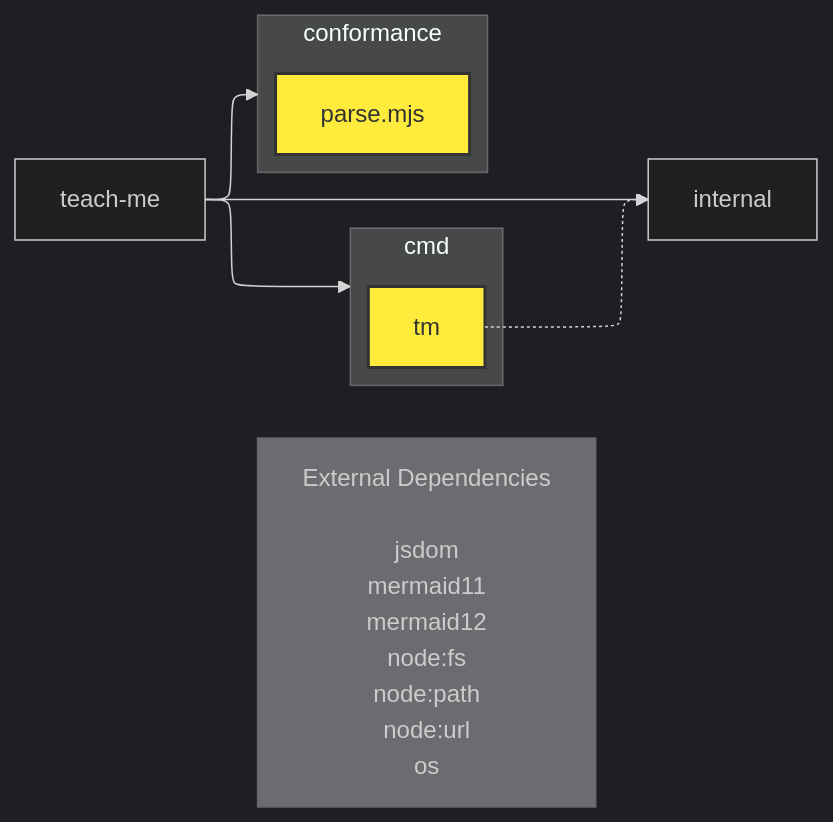
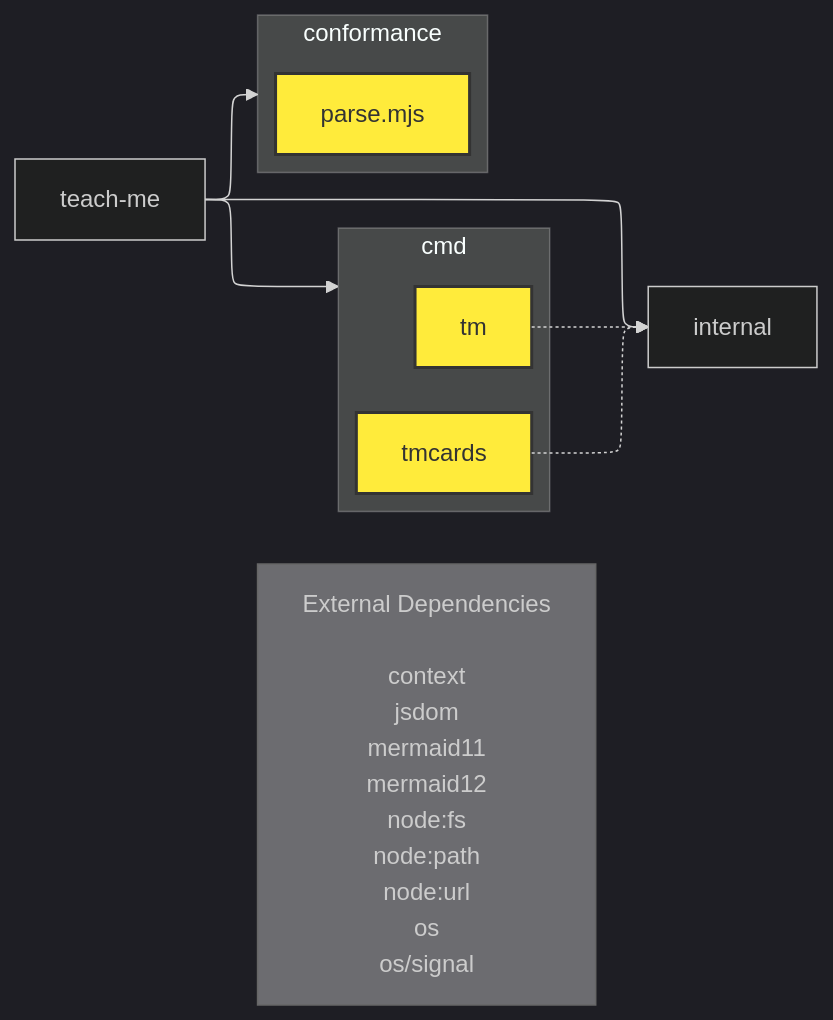
The diagram in CODE_DIAGRAM.md (Reithan/teach-me), drawn with Mermaid before and after one commit. The commit also changed 1 other file, not shown here.

Commit message:
regenerate code diagrams with the cards, fsrs, and review packages (#138)

````diff
--- a/CODE_DIAGRAM.md
+++ b/CODE_DIAGRAM.md
@@ -3,40 +3,42 @@
 ```mermaid
 ---
 config:
   look: classic
   darkMode: true
   theme: dark
   layout: elk
   elk:
     mergeEdges: true
     nodePlacementStrategy: NETWORK_SIMPLEX
 ---
 graph LR
     %% Color definitions
     classDef no_deps fill:#90EE90,stroke:#333,stroke-width:2px,color:#333
     classDef has_deps fill:#FFEB3B,stroke:#333,stroke-width:2px,color:#333
     classDef bad_deps fill:#FF6B6B,stroke:#333,stroke-width:2px,color:#333
     classDef external fill:#E0E0E066,stroke:#666,stroke-width:1px
 
     %% Directory hierarchy
     __3a52ce78 ---> cmd_abac3614
     __3a52ce78 ---> conformance_5500404c
     __3a52ce78 ---> internal_9f33a7c7
 
     %% Directory structure and files
     __3a52ce78["teach-me"]
     internal_9f33a7c7["internal"]
     subgraph cmd_abac3614["cmd"]
         cmd_tm_d7570c37["tm"]:::has_deps
+        cmd_tmcards_a4bf3cc6["tmcards"]:::has_deps
     end
     subgraph conformance_5500404c["conformance"]
         conformance_parse_mjs_24a216ae["parse.mjs"]:::has_deps
     end
 
     %% Import dependencies
     cmd_tm_d7570c37 -.-> internal_9f33a7c7
+    cmd_tmcards_a4bf3cc6 -.-> internal_9f33a7c7
 
     %% External dependencies
-    external["External Dependencies<br/><br/>jsdom<br/>mermaid11<br/>mermaid12<br/>node:fs<br/>node:path<br/>node:url<br/>os"]:::external
+    external["External Dependencies<br/><br/>context<br/>jsdom<br/>mermaid11<br/>mermaid12<br/>node:fs<br/>node:path<br/>node:url<br/>os<br/>os/signal"]:::external
     __3a52ce78 ~~~ external
 ```
````
